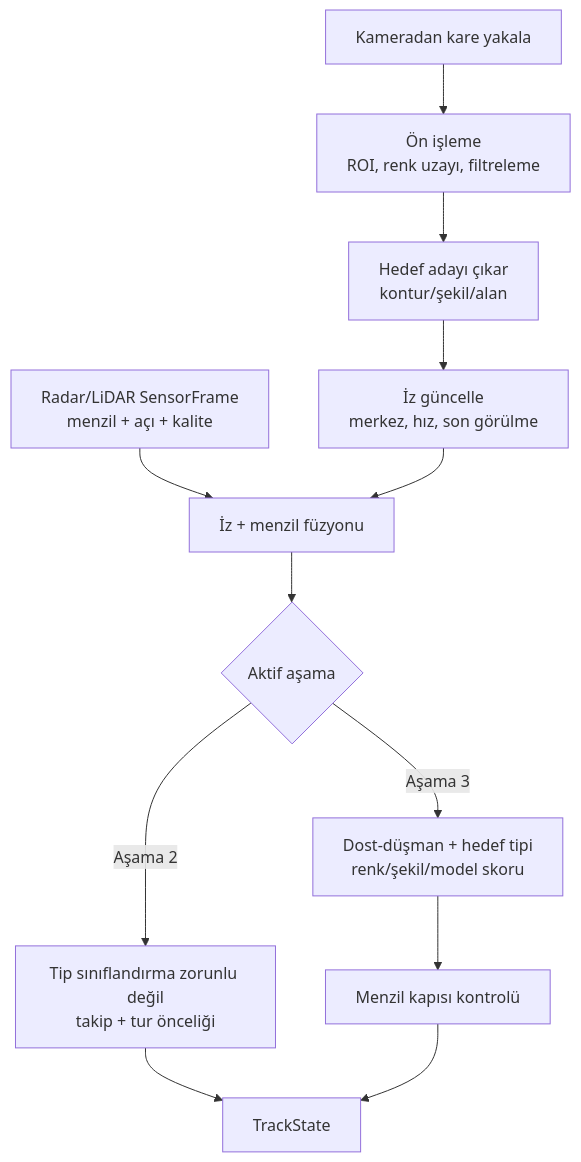
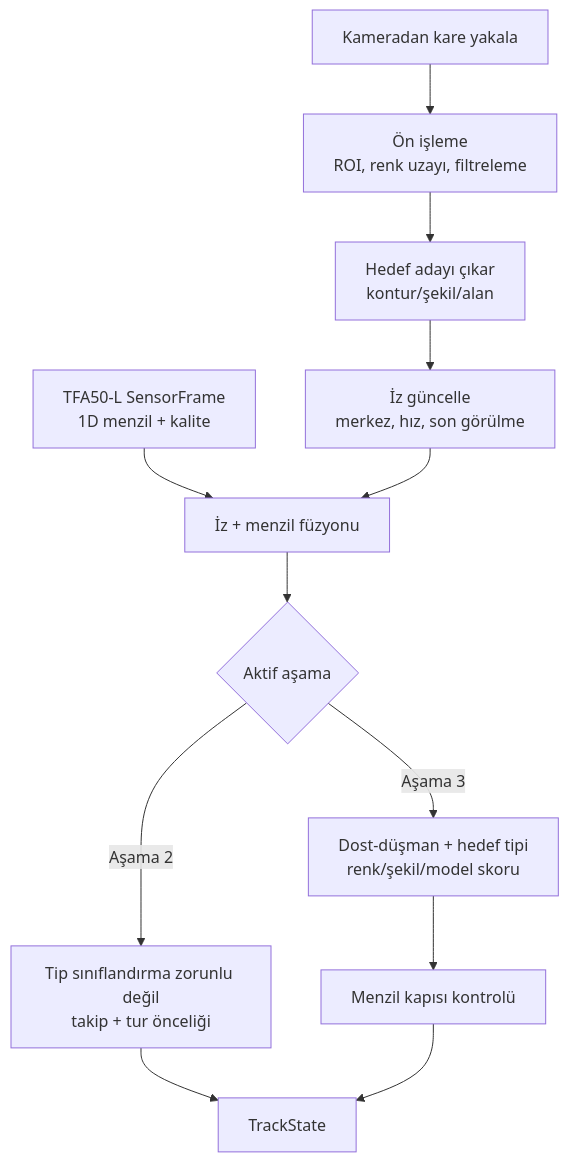
Before and after one commit to AlperKartkaya/gokkalkan: the second of 11 diagrams in reports/diyagramlar/mermaid_kodu/ktr_mermaid_diagrams.md, drawn with Mermaid. The commit also changed other lines of this file and 25 other files, not shown here.

Commit message:
feat: replace generic Radar/LiDAR adapter with specific TFA50-L 1D LiDAR integration and update associated tests and documentation.

````diff
--- a/reports/diyagramlar/mermaid_kodu/ktr_mermaid_diagrams.md
+++ b/reports/diyagramlar/mermaid_kodu/ktr_mermaid_diagrams.md
@@ -30,14 +30,14 @@
 ```mermaid
 flowchart TD
     Frame["Kameradan kare yakala"] --> Pre["Ön işleme\nROI, renk uzayı, filtreleme"]
     Pre --> Candidate["Hedef adayı çıkar\nkontur/şekil/alan"]
     Candidate --> Track["İz güncelle\nmerkez, hız, son görülme"]
-    Sensor["Radar/LiDAR SensorFrame\nmenzil + açı + kalite"] --> Fuse["İz + menzil füzyonu"]
+    Sensor["TFA50-L SensorFrame\n1D menzil + kalite"] --> Fuse["İz + menzil füzyonu"]
     Track --> Fuse
     Fuse --> Stage{"Aktif aşama"}
     Stage -->|Aşama 2| NoClass["Tip sınıflandırma zorunlu değil\ntakip + tur önceliği"]
     Stage -->|Aşama 3| Class["Dost-düşman + hedef tipi\nrenk/şekil/model skoru"]
     NoClass --> Output["TrackState"]
     Class --> Range["Menzil kapısı kontrolü"]
     Range --> Output
 ```
````
